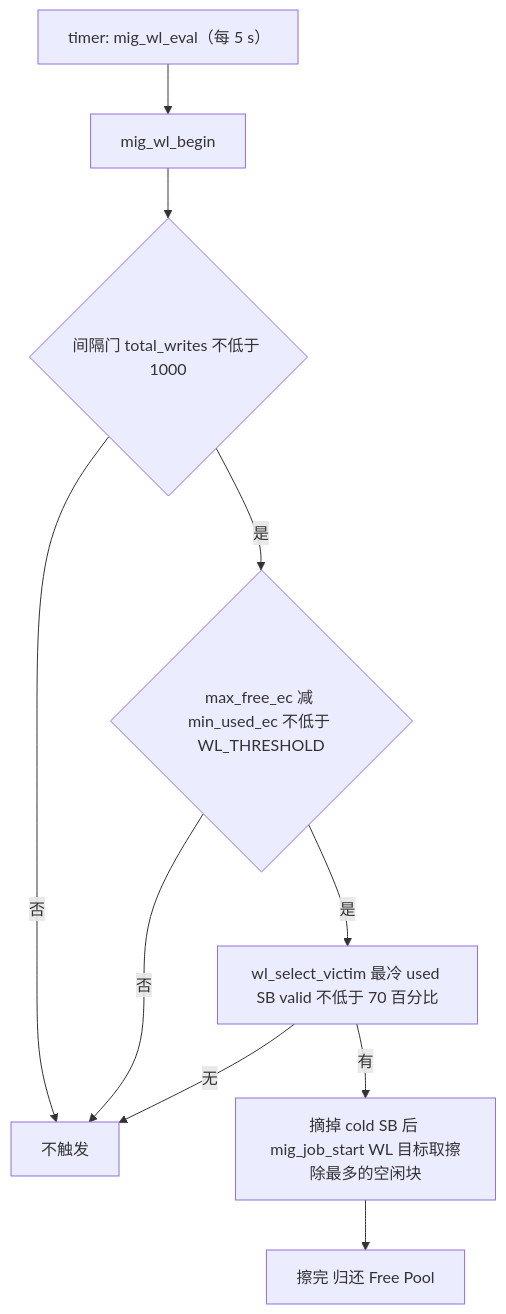
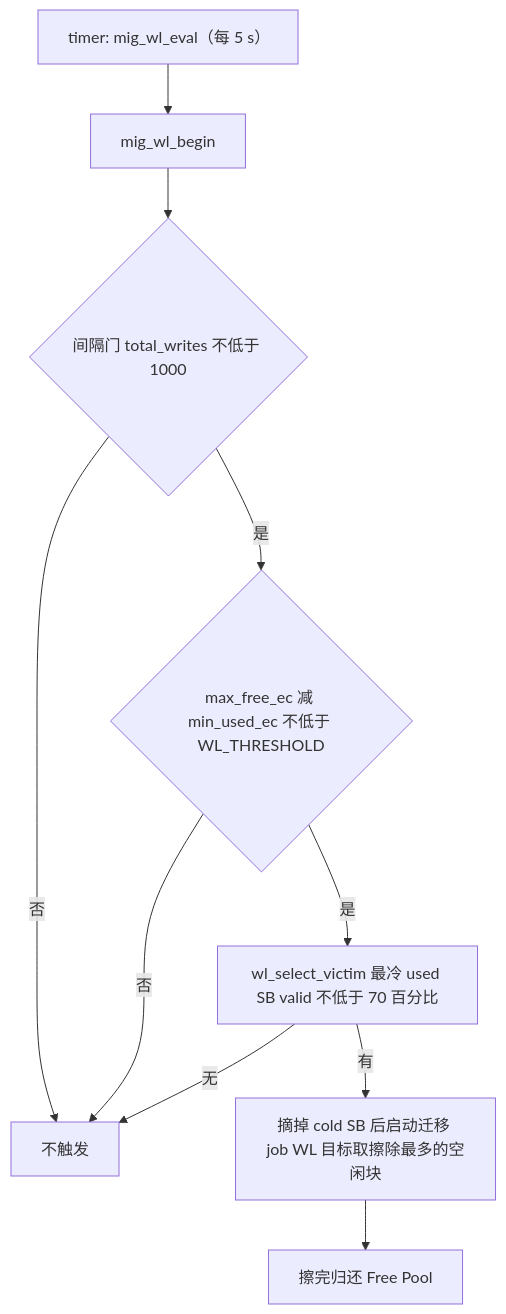
Before and after one commit to YzYMIAO/BASESSD: the ninth of 36 diagrams in docs/design/ftl_design.md, drawn with Mermaid. The commit also changed other lines of this file and 49 other files, not shown here.

````diff
--- a/docs/design/ftl_design.md
+++ b/docs/design/ftl_design.md
@@ -1636,12 +1564,12 @@
 ```mermaid
 flowchart TD
-    W1["timer: mig_wl_eval（每 5 s）"] --> W2["mig_wl_begin"]
-    W2 --> W3{"间隔门 total_writes 不低于 1000"}
-    W3 -- "否" --> W0["不触发"]
-    W3 -- "是" --> W4{"max_free_ec 减 min_used_ec 不低于 WL_THRESHOLD"}
-    W4 -- "否" --> W0
-    W4 -- "是" --> W5["wl_select_victim 最冷 used SB valid 不低于 70 百分比"]
-    W5 -- "无" --> W0
-    W5 -- "有" --> W6["摘掉 cold SB 后 mig_job_start WL 目标取擦除最多的空闲块"]
-    W6 --> W7["擦完 归还 Free Pool"]
+ W1["timer: mig_wl_eval（每 5 s）"] --> W2["mig_wl_begin"]
+ W2 --> W3{"间隔门 total_writes 不低于 1000"}
+ W3 -- "否" --> W0["不触发"]
+ W3 -- "是" --> W4{"max_free_ec 减 min_used_ec 不低于 WL_THRESHOLD"}
+ W4 -- "否" --> W0
+ W4 -- "是" --> W5["wl_select_victim 最冷 used SB valid 不低于 70 百分比"]
+ W5 -- "无" --> W0
+ W5 -- "有" --> W6["摘掉 cold SB 后启动迁移 job WL 目标取擦除最多的空闲块"]
+ W6 --> W7["擦完归还 Free Pool"]
 ```
````
